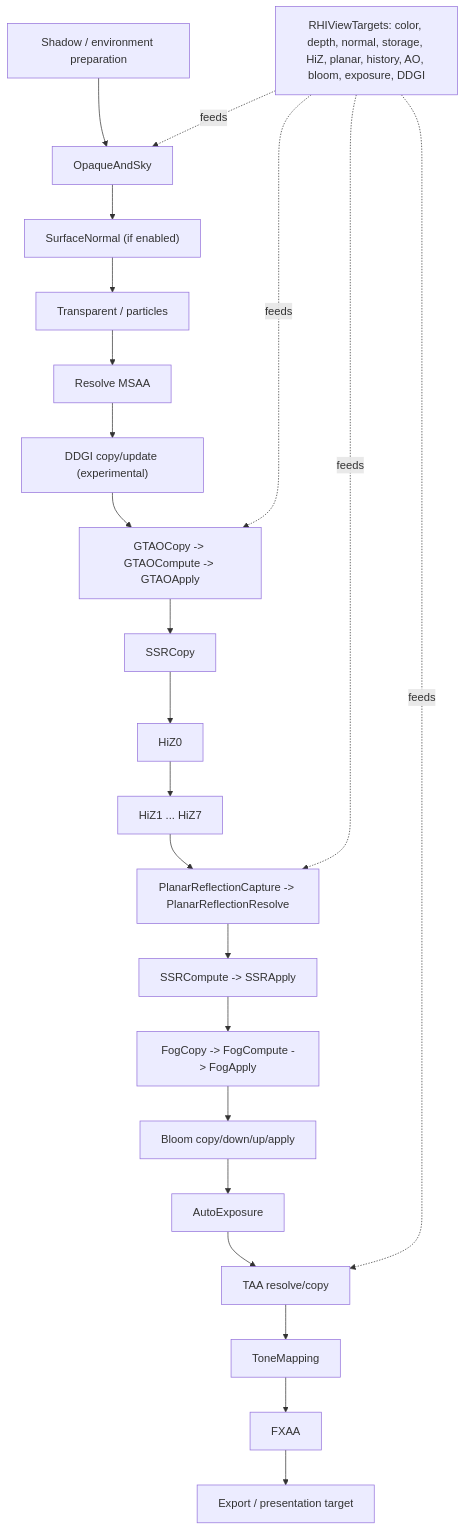
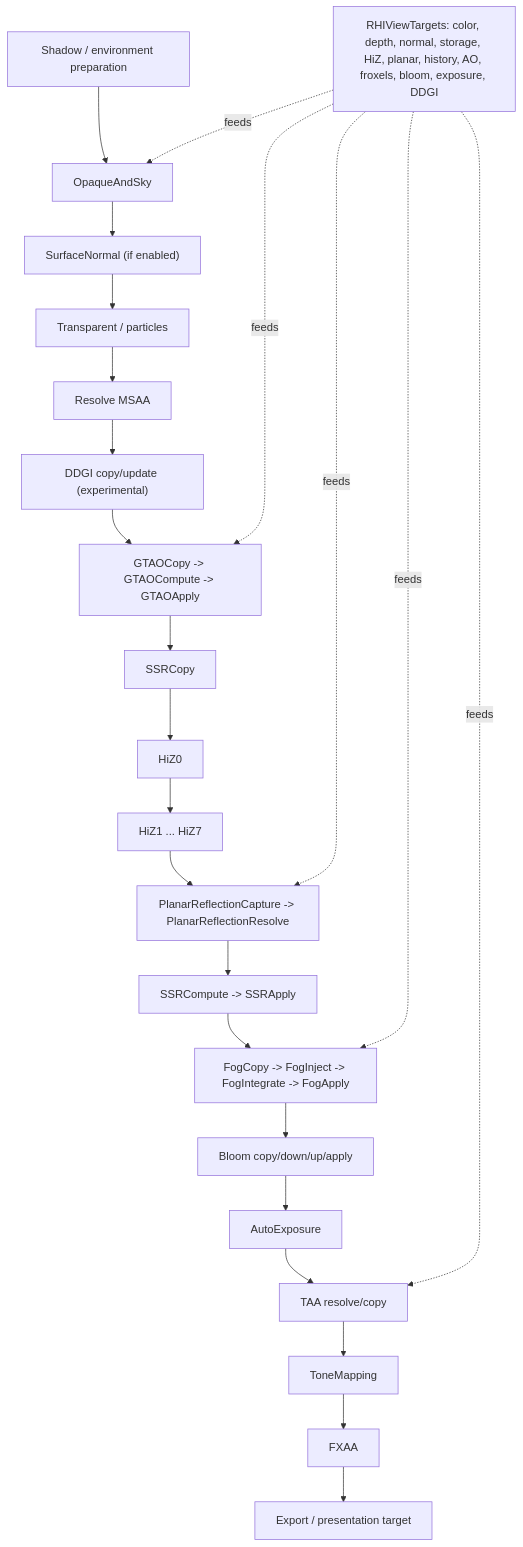
One commit to nguyenphong0210/AxleEngine changed the fourth of 4 diagrams in docs/milestones/MILESTONE_15_LIGHTING_MATERIALS/ARCHITECTURE.md. Above: the diagram before and after it, drawn with Mermaid. The commit also changed 19 other files, not shown here.

````diff
--- a/docs/milestones/MILESTONE_15_LIGHTING_MATERIALS/ARCHITECTURE.md
+++ b/docs/milestones/MILESTONE_15_LIGHTING_MATERIALS/ARCHITECTURE.md
@@ -236,25 +236,26 @@
 ```mermaid
 flowchart TD
     A["Shadow / environment preparation"] --> B["OpaqueAndSky"]
     B --> C["SurfaceNormal (if enabled)"]
     C --> D["Transparent / particles"]
     D --> E["Resolve MSAA"]
     E --> F["DDGI copy/update (experimental)"]
     F --> G["GTAOCopy -> GTAOCompute -> GTAOApply"]
     G --> H["SSRCopy"]
     H --> I0["HiZ0"]
     I0 --> I1["HiZ1 ... HiZ7"]
     I1 --> J["PlanarReflectionCapture -> PlanarReflectionResolve"]
     J --> K["SSRCompute -> SSRApply"]
-    K --> L["FogCopy -> FogCompute -> FogApply"]
+    K --> L["FogCopy -> FogInject -> FogIntegrate -> FogApply"]
     L --> M["Bloom copy/down/up/apply"]
     M --> N["AutoExposure"]
     N --> O["TAA resolve/copy"]
     O --> P["ToneMapping"]
     P --> Q["FXAA"]
     Q --> R["Export / presentation target"]
-    Z["RHIViewTargets: color, depth, normal, storage, HiZ, planar, history, AO, bloom, exposure, DDGI"] -. feeds .-> B
+    Z["RHIViewTargets: color, depth, normal, storage, HiZ, planar, history, AO, froxels, bloom, exposure, DDGI"] -. feeds .-> B
     Z -. feeds .-> G
     Z -. feeds .-> J
+    Z -. feeds .-> L
     Z -. feeds .-> O
 ```
````
